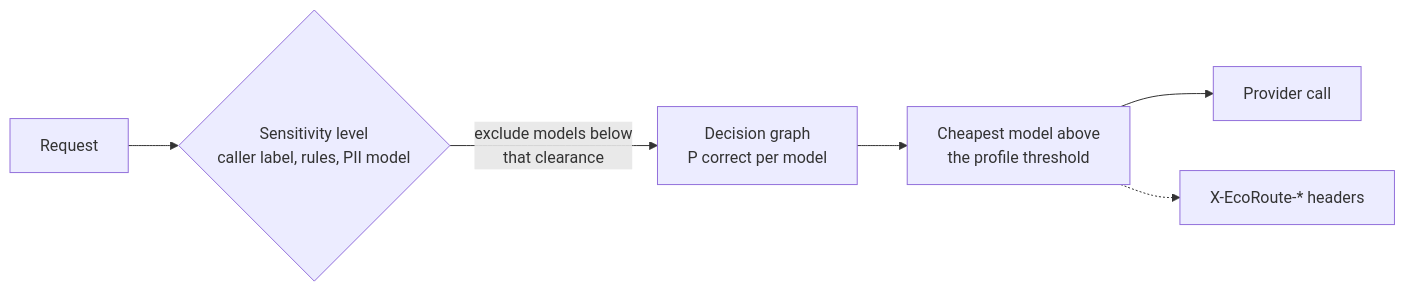
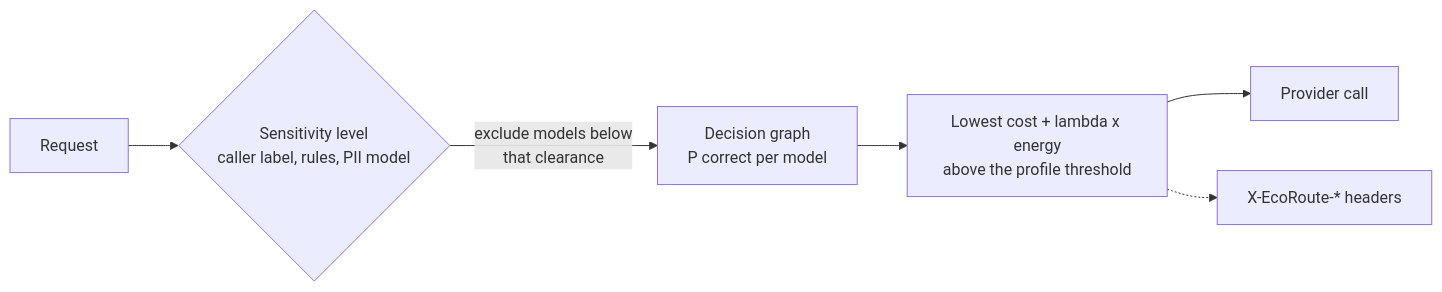
One commit to waliddoesthis/ecoroute changed the diagram in README.md. Above: the diagram before and after it, drawn with Mermaid. The commit also changed other lines of this file, not shown here.

First line of the commit message:
Clarify the README: cost objective, provider forwarding, first run

````diff
--- a/README.md
+++ b/README.md
@@ -32,8 +35,8 @@
 ```mermaid
 flowchart LR
     R[Request] --> F{Sensitivity level<br/>caller label, rules, PII model}
     F -->|exclude models below<br/>that clearance| G[Decision graph<br/>P correct per model]
-    G --> D[Cheapest model above<br/>the profile threshold]
+    G --> D[Lowest cost + lambda x energy<br/>above the profile threshold]
     D --> M[Provider call]
     D -.-> X[X-EcoRoute-* headers]
 ```
````
